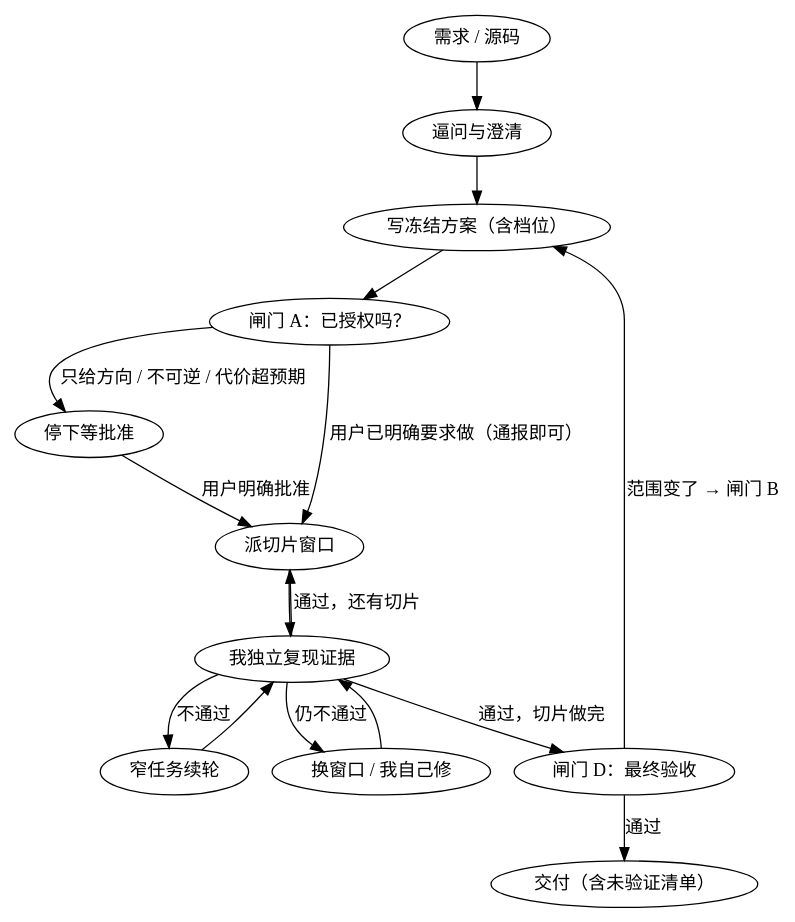
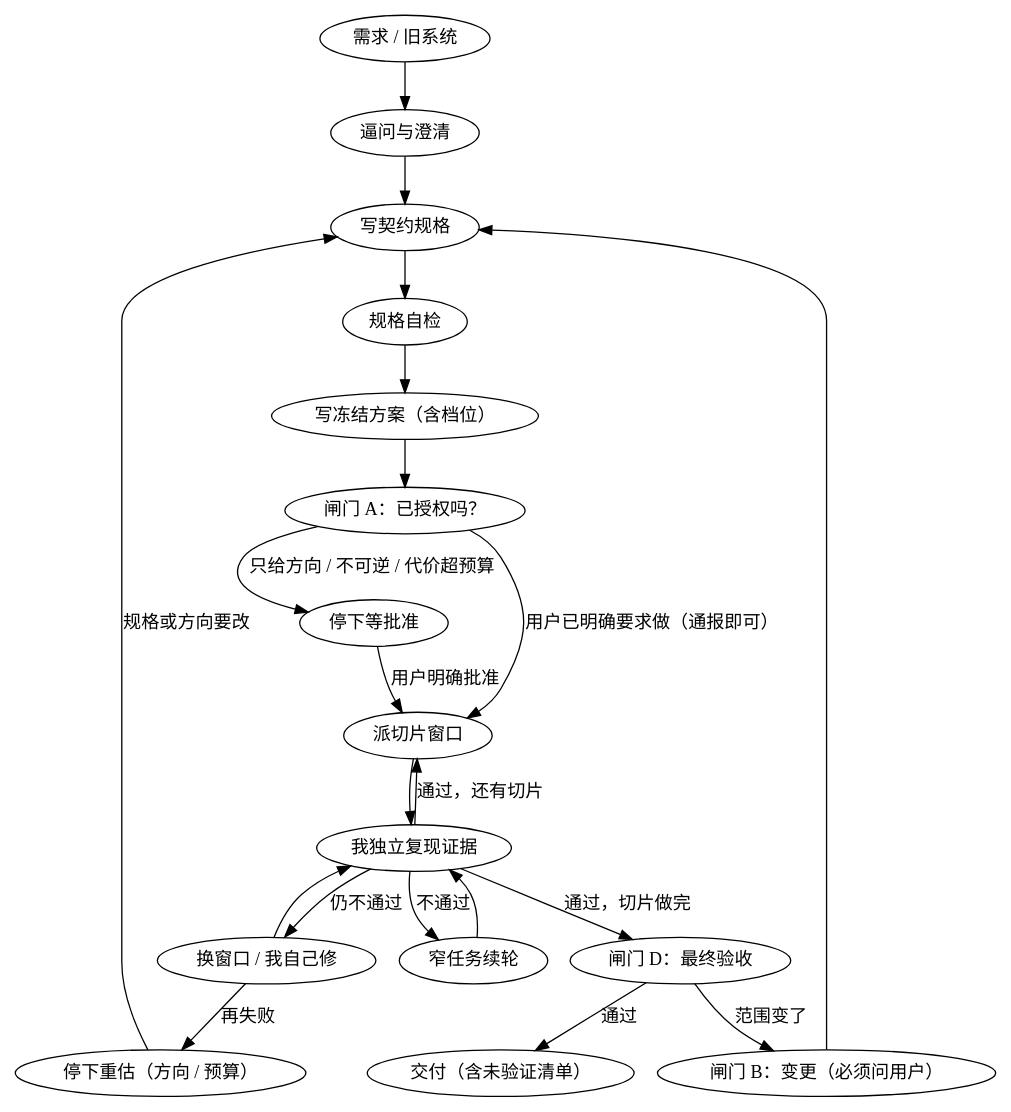
Before and after one commit to Leexunhuan743/orchestrated-build: the diagram in SKILL.md, drawn with Graphviz. The commit also changed other lines of this file and 11 other files, not shown here.

````diff
--- a/SKILL.md
+++ b/SKILL.md
@@ -29,19 +29,24 @@
 ```dot
 digraph loop {
-  "需求 / 源码" -> "逼问与澄清";
-  "逼问与澄清" -> "写冻结方案（含档位）";
+  "需求 / 旧系统" -> "逼问与澄清";
+  "逼问与澄清" -> "写契约规格";
+  "写契约规格" -> "规格自检";
+  "规格自检" -> "写冻结方案（含档位）";
   "写冻结方案（含档位）" -> "闸门 A：已授权吗？";
-  "闸门 A：已授权吗？" -> "停下等批准" [label="只给方向 / 不可逆 / 代价超预期"];
+  "闸门 A：已授权吗？" -> "停下等批准" [label="只给方向 / 不可逆 / 代价超预算"];
   "停下等批准" -> "派切片窗口" [label="用户明确批准"];
   "闸门 A：已授权吗？" -> "派切片窗口" [label="用户已明确要求做（通报即可）"];
   "派切片窗口" -> "我独立复现证据";
   "我独立复现证据" -> "窄任务续轮" [label="不通过"];
   "窄任务续轮" -> "我独立复现证据";
   "我独立复现证据" -> "换窗口 / 我自己修" [label="仍不通过"];
   "换窗口 / 我自己修" -> "我独立复现证据";
+  "换窗口 / 我自己修" -> "停下重估（方向 / 预算）" [label="再失败"];
+  "停下重估（方向 / 预算）" -> "写契约规格" [label="规格或方向要改"];
   "我独立复现证据" -> "派切片窗口" [label="通过，还有切片"];
   "我独立复现证据" -> "闸门 D：最终验收" [label="通过，切片做完"];
-  "闸门 D：最终验收" -> "写冻结方案（含档位）" [label="范围变了 → 闸门 B"];
+  "闸门 D：最终验收" -> "闸门 B：变更（必须问用户）" [label="范围变了"];
+  "闸门 B：变更（必须问用户）" -> "写契约规格";
   "闸门 D：最终验收" -> "交付（含未验证清单）" [label="通过"];
 }
 ```
````
